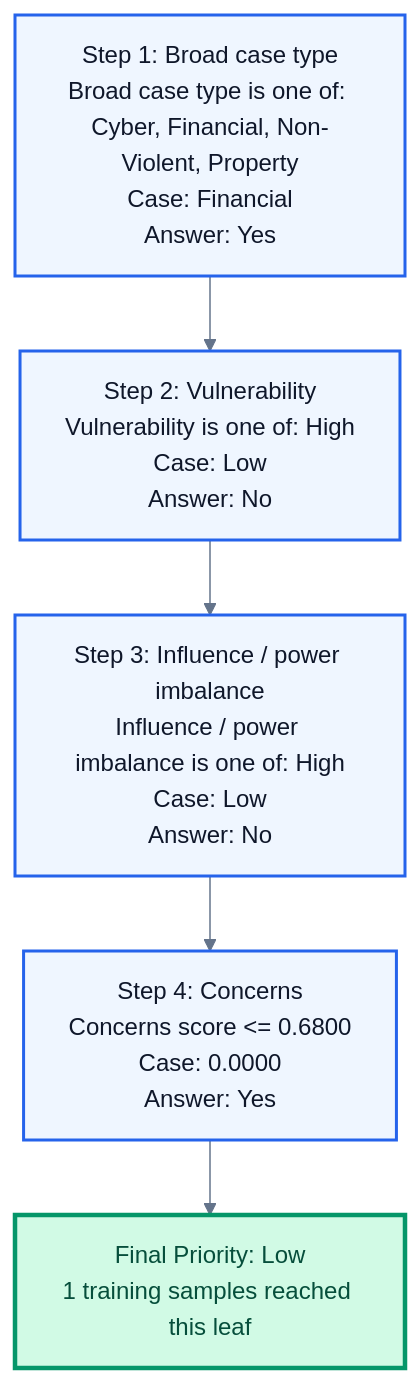
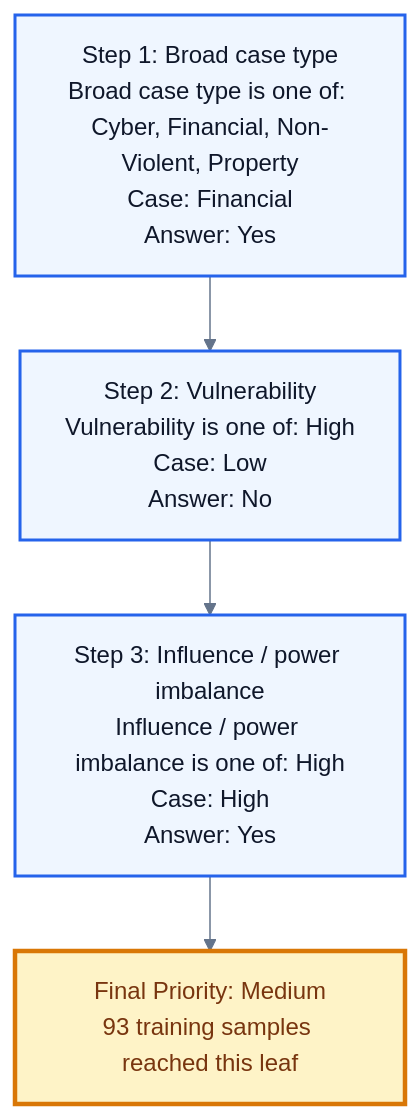
One commit to The-Yesh21/Anavaya-back-end changed the diagram in case_priority_system/decision_graphs/A_K_Kaimal_vs_Sudarsen_Trading_Co_Ltd_And_Anr_on_1_January_1800_decision_report.md. Above: the diagram before and after it, drawn with Mermaid. The commit also changed other lines of this file and 44 other files, not shown here.

````diff
--- a/case_priority_system/decision_graphs/A_K_Kaimal_vs_Sudarsen_Trading_Co_Ltd_And_Anr_on_1_January_1800_decision_report.md
+++ b/case_priority_system/decision_graphs/A_K_Kaimal_vs_Sudarsen_Trading_Co_Ltd_And_Anr_on_1_January_1800_decision_report.md
@@ -107,15 +107,13 @@
 ```mermaid
 %%{init: {'theme': 'base', 'themeVariables': {'fontFamily': 'Inter, Arial', 'primaryColor': '#F8FAFC', 'primaryTextColor': '#0F172A', 'primaryBorderColor': '#64748B', 'lineColor': '#64748B'}} }%%
 flowchart TD
   N0["Step 1: Broad case type<br/>Broad case type is one of: Cyber, Financial, Non-Violent, Property<br/>Case: Financial<br/>Answer: Yes"]:::decision
   N1["Step 2: Vulnerability<br/>Vulnerability is one of: High<br/>Case: Low<br/>Answer: No"]:::decision
   N0 --> N1
-  N2["Step 3: Influence / power imbalance<br/>Influence / power imbalance is one of: High<br/>Case: Low<br/>Answer: No"]:::decision
+  N2["Step 3: Influence / power imbalance<br/>Influence / power imbalance is one of: High<br/>Case: High<br/>Answer: Yes"]:::decision
   N1 --> N2
-  N3["Step 4: Concerns<br/>Concerns score <= 0.6800<br/>Case: 0.0000<br/>Answer: Yes"]:::decision
+  N3["Final Priority: Medium<br/>93 training samples reached this leaf"]:::leaf
   N2 --> N3
-  N4["Final Priority: Low<br/>1 training samples reached this leaf"]:::leaf
-  N3 --> N4
   classDef decision fill:#EFF6FF,stroke:#2563EB,stroke-width:2px,color:#0F172A;
-  classDef leaf fill:#D1FAE5,stroke:#059669,stroke-width:3px,color:#064E3B;
+  classDef leaf fill:#FEF3C7,stroke:#D97706,stroke-width:3px,color:#78350F;
 ```
````
